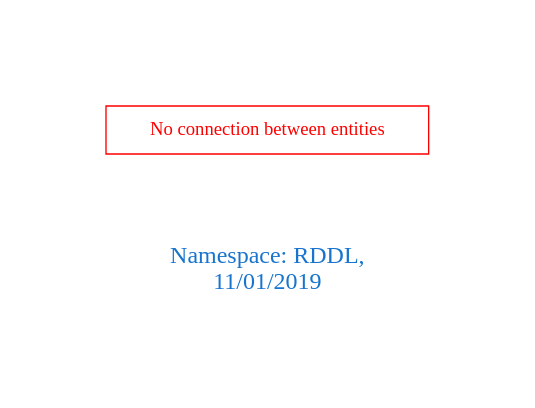
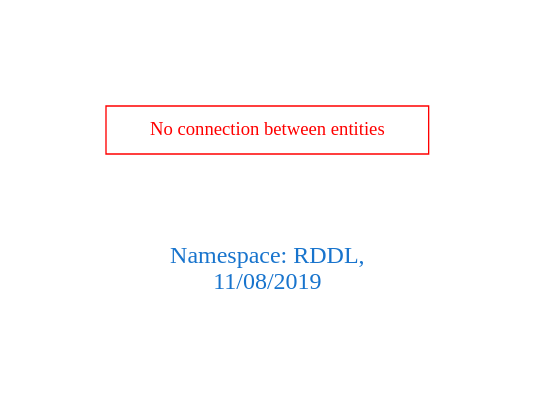
One commit to arago/OGIT changed the diagram in downloads/RDDL.dot. Above: the diagram before and after it, drawn with Graphviz. The commit also changed 151 other files, not shown here.

```diff
--- a/downloads/RDDL.dot
+++ b/downloads/RDDL.dot
@@ -1,9 +1,9 @@
 digraph OGIT_ontology {
  graph [ rankdir= LR,pad=1 
 fontsize = 18,
-fontcolor= dodgerblue3,label = "\n\n\nNamespace: RDDL, \n 11/01/2019"];
+fontcolor= dodgerblue3,label = "\n\n\nNamespace: RDDL, \n 11/08/2019"];
 node[shape=polygon];
 edge [  color="gray81"];
 
 "No connection between entities" [fontcolor = "red",color="red", shape="polygon"]
 }
```
